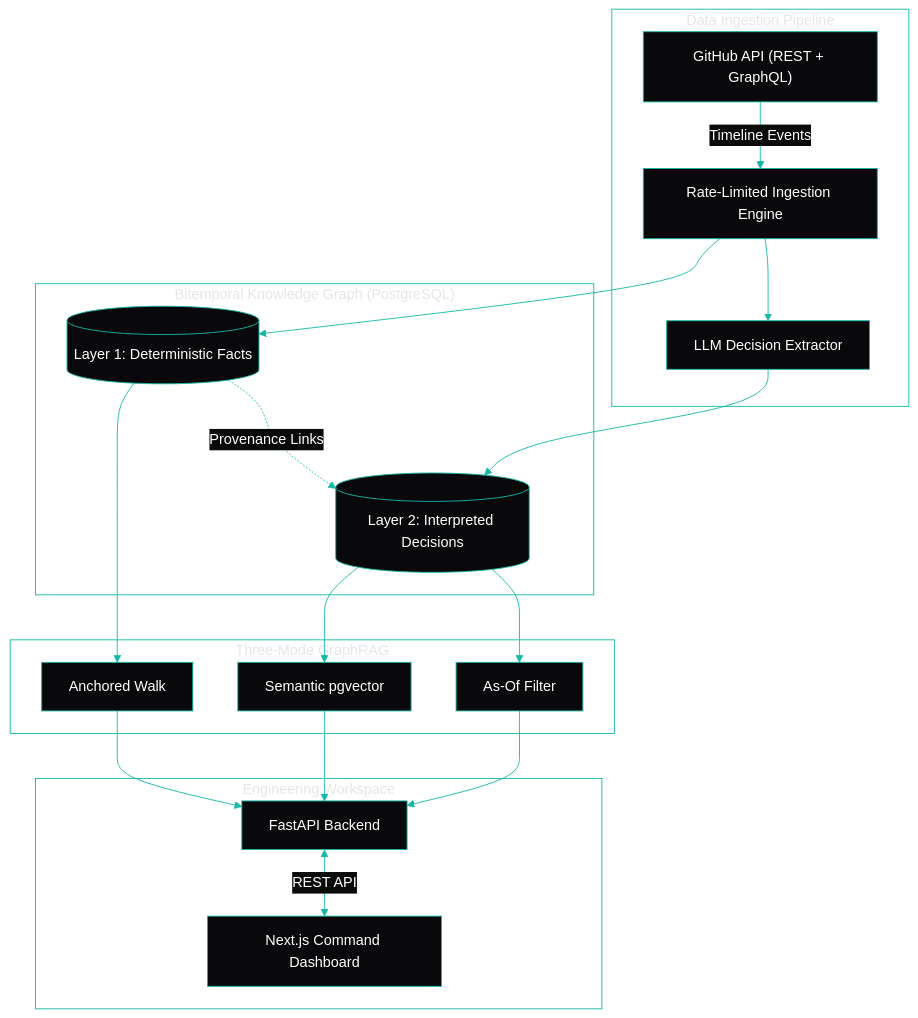
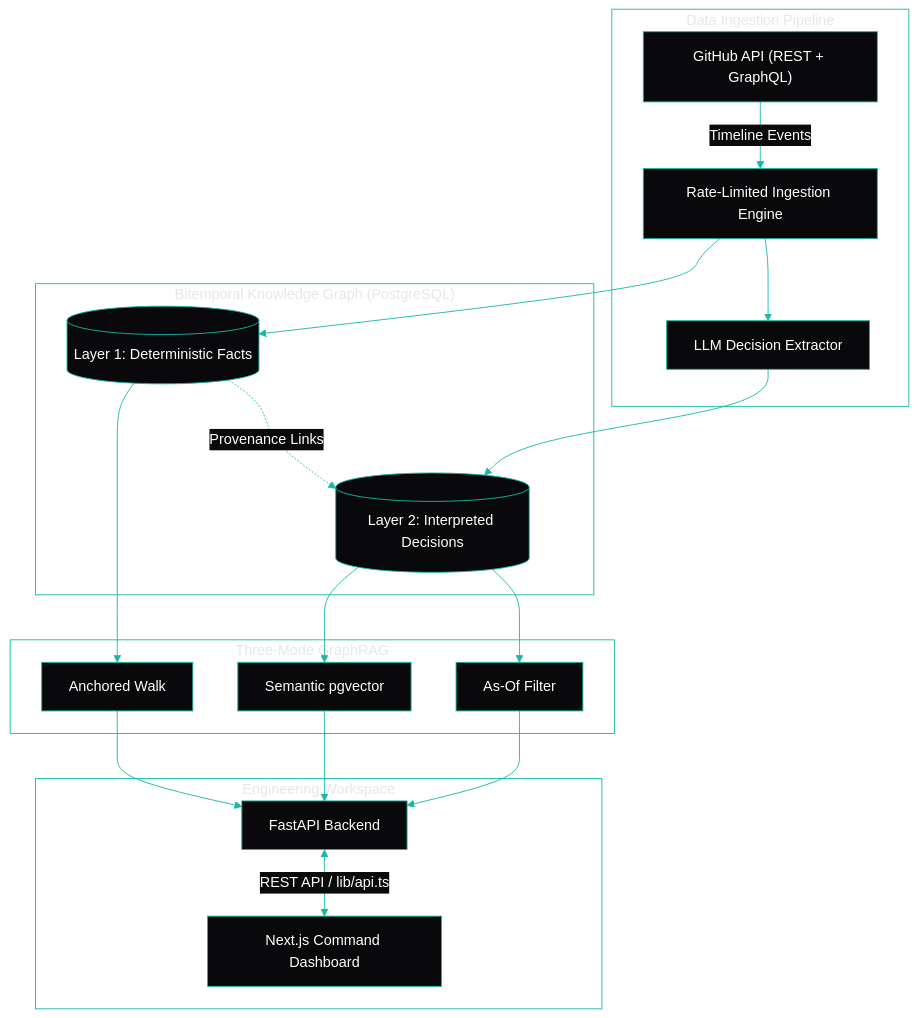
Before and after one commit to amanmprojects/kairo: the first of 2 diagrams in README.md, drawn with Mermaid. The commit also changed other lines of this file, not shown here.

Commit message:
docs(readme): align documentation with KAIRO branding, route index, and light SaaS architecture

````diff
--- a/README.md
+++ b/README.md
@@ -51,37 +51,37 @@
 ```mermaid
 %%{init: {
   'theme': 'base',
   'themeVariables': {
     'primaryColor': '#09090b',
     'primaryBorderColor': '#14b8a6',
     'primaryTextColor': '#ffffff',
     'lineColor': '#14b8a6',
     'clusterBkg': 'transparent',
     'clusterBorder': '#14b8a6'
   }
 }}%%
 graph TD
     subgraph "Data Ingestion Pipeline"
         GitHub["GitHub API (REST + GraphQL)"] --> |Timeline Events| IngestEngine["Rate-Limited Ingestion Engine"]
         IngestEngine --> LLM["LLM Decision Extractor"]
     end
 
     subgraph "Bitemporal Knowledge Graph (PostgreSQL)"
         IngestEngine --> L1[("Layer 1: Deterministic Facts")]
         LLM --> L2[("Layer 2: Interpreted Decisions")]
         L1 -.-> |Provenance Links| L2
     end
 
     subgraph "Three-Mode GraphRAG"
         L1 --> Anchored["Anchored Walk"]
         L2 --> AsOf["As-Of Filter"]
         L2 --> Semantic["Semantic pgvector"]
     end
 
     subgraph "Engineering Workspace"
         Anchored --> FastAPI["FastAPI Backend"]
         AsOf --> FastAPI
         Semantic --> FastAPI
-        FastAPI <--> |REST API| NextJS["Next.js Command Dashboard"]
+        FastAPI <--> |REST API / lib/api.ts| NextJS["Next.js Command Dashboard"]
     end
 ```
````
